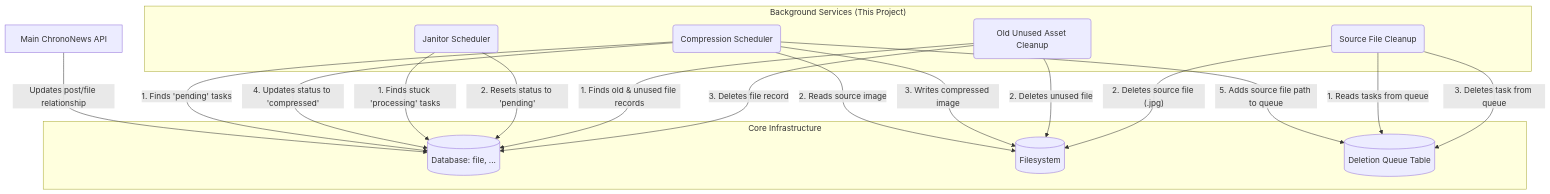
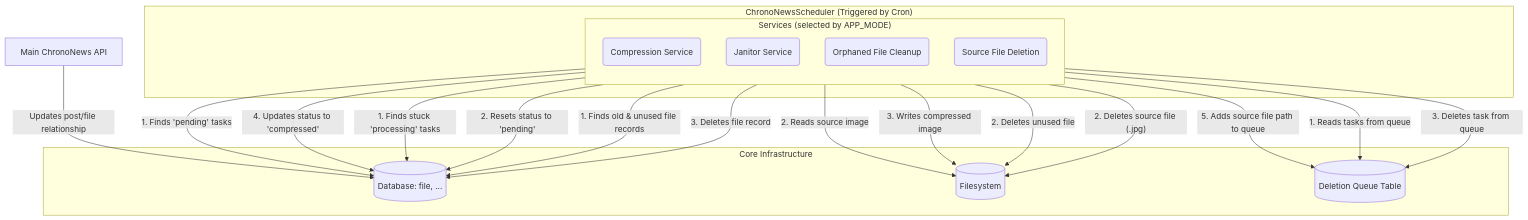
The diagram in README.md (ScrKiddie/ChronoNewsScheduler), drawn with Mermaid before and after one commit. The commit also changed other lines of this file and 8 other files, not shown here.

`````diff
--- a/README.md
+++ b/README.md
@@ -19,39 +19,40 @@
 ```mermaid
 graph TD
-    %% Define Core Components & Main App
     subgraph "Core Infrastructure"
         DB[(Database: file, ...)]
         FS[(Filesystem)]
         DeletionQueue[(Deletion Queue Table)]
     end
     
     MainApp[Main ChronoNews API]
 
-    %% Define Schedulers
-    subgraph "Background Services (This Project)"
-        CompScheduler(Compression Scheduler)
-        JanitorScheduler(Janitor Scheduler)
-        CleanupScheduler(Old Unused Asset Cleanup)
-        DeletionQueueScheduler(Source File Cleanup)
+    subgraph "ChronoNewsScheduler (Triggered by Cron)"
+        subgraph "Services (selected by APP_MODE)"
+            direction TB
+            CompressionService(Compression Service)
+            JanitorService(Janitor Service)
+            CleanupService(Orphaned File Cleanup)
+            DeletionService(Source File Deletion)
+        end
     end
 
-    %% Define Interactions
+    %% Interactions
     MainApp -- "Updates post/file relationship" --> DB
 
-    CompScheduler -- "1. Finds 'pending' tasks" --> DB
-    CompScheduler -- "2. Reads source image" --> FS
-    CompScheduler -- "3. Writes compressed image" --> FS
-    CompScheduler -- "4. Updates status to 'compressed'" --> DB
-    CompScheduler -- "5. Adds source file path to queue" --> DeletionQueue
+    CompressionService -- "1. Finds 'pending' tasks" --> DB
+    CompressionService -- "2. Reads source image" --> FS
+    CompressionService -- "3. Writes compressed image" --> FS
+    CompressionService -- "4. Updates status to 'compressed'" --> DB
+    CompressionService -- "5. Adds source file path to queue" --> DeletionQueue
 
-    JanitorScheduler -- "1. Finds stuck 'processing' tasks" --> DB
-    JanitorScheduler -- "2. Resets status to 'pending'" --> DB
+    JanitorService -- "1. Finds stuck 'processing' tasks" --> DB
+    JanitorService -- "2. Resets status to 'pending'" --> DB
 
-    CleanupScheduler -- "1. Finds old & unused file records" --> DB
-    CleanupScheduler -- "2. Deletes unused file" --> FS
-    CleanupScheduler -- "3. Deletes file record" --> DB
+    CleanupService -- "1. Finds old & unused file records" --> DB
+    CleanupService -- "2. Deletes unused file" --> FS
+    CleanupService -- "3. Deletes file record" --> DB
 
-    DeletionQueueScheduler -- "1. Reads tasks from queue" --> DeletionQueue
-    DeletionQueueScheduler -- "2. Deletes source file (.jpg)" --> FS
-    DeletionQueueScheduler -- "3. Deletes task from queue" --> DeletionQueue
-````
+    DeletionService -- "1. Reads tasks from queue" --> DeletionQueue
+    DeletionService -- "2. Deletes source file (.jpg)" --> FS
+    DeletionService -- "3. Deletes task from queue" --> DeletionQueue
+```
`````
